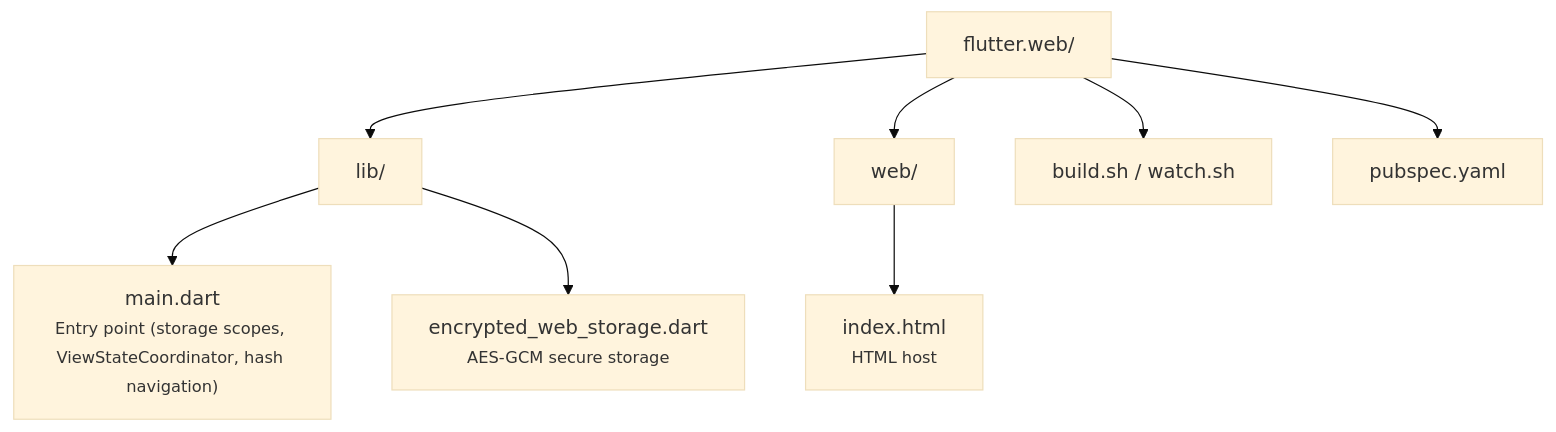
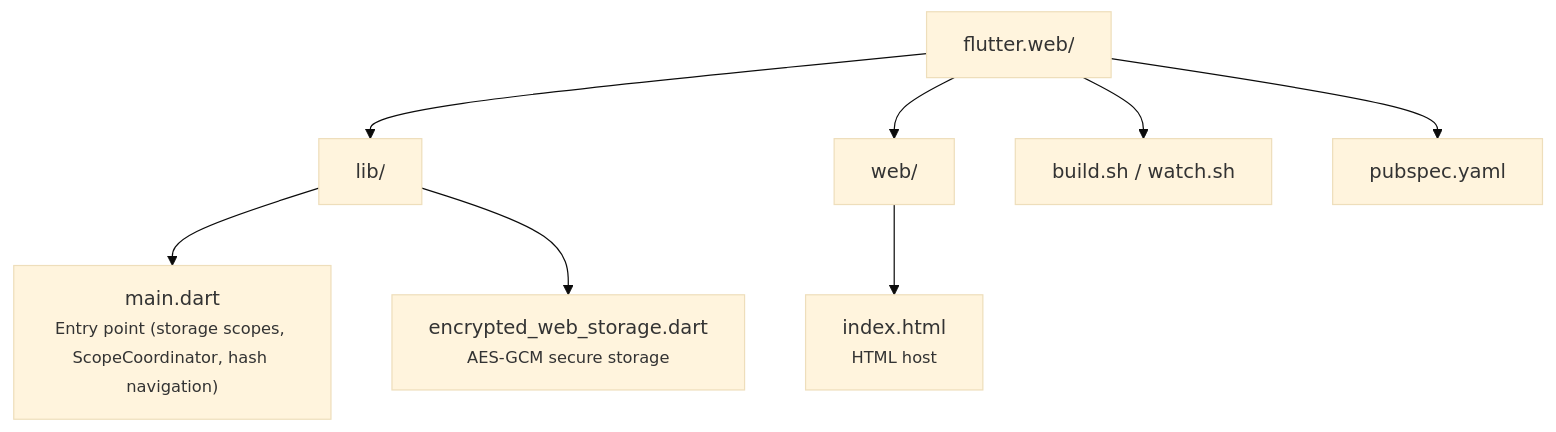
Before and after one commit to mrcdom/wdc-cube-java-v2: the diagram in fontes/br.com.wdc.store/br.com.wdc.store.view.remote/remote.shell.flutter/flutter.web/README.md, drawn with Mermaid (base theme). The commit also changed other lines of this file and 222 other files, not shown here.

First line of the commit message:
♻️ [REFACTOR] ViewState becomes Scope in code, protocol and docs

````diff
--- a/fontes/br.com.wdc.store/br.com.wdc.store.view.remote/remote.shell.flutter/flutter.web/README.md
+++ b/fontes/br.com.wdc.store/br.com.wdc.store.view.remote/remote.shell.flutter/flutter.web/README.md
@@ -43,19 +43,19 @@
 ```mermaid
 graph TD
     root["flutter.web/"]
     lib["lib/"]
-    main["main.dart<br/><small>Entry point (storage scopes, ViewStateCoordinator, hash navigation)</small>"]
+    main["main.dart<br/><small>Entry point (storage scopes, ScopeCoordinator, hash navigation)</small>"]
     enc["encrypted_web_storage.dart<br/><small>AES-GCM secure storage</small>"]
     web["web/"]
     index["index.html<br/><small>HTML host</small>"]
     buildsh["build.sh / watch.sh"]
     pubspec["pubspec.yaml"]
 
     root --> lib
     root --> web
     root --> buildsh
     root --> pubspec
     lib --> main
     lib --> enc
     web --> index
 ```
````
